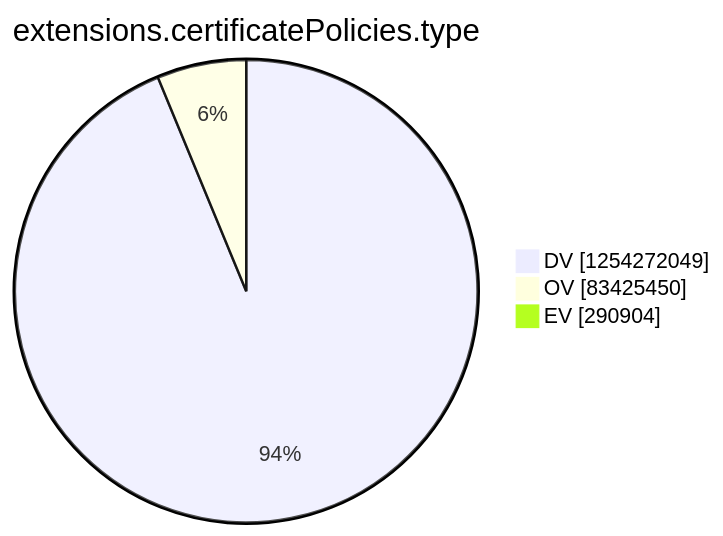
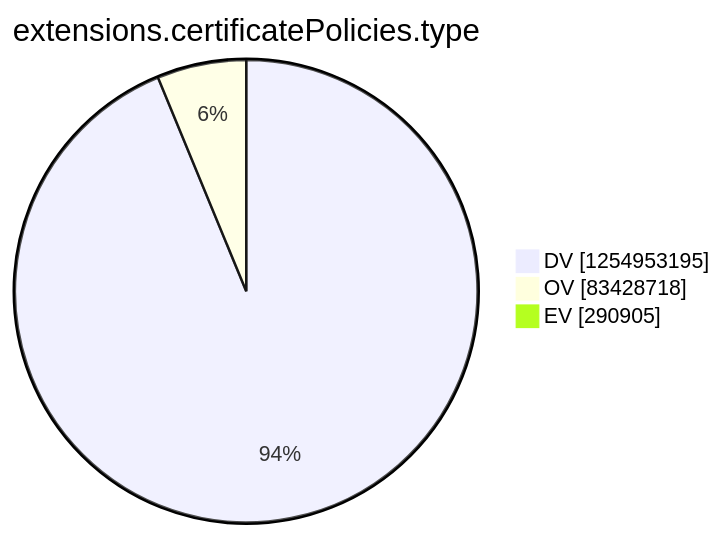
Before and after one commit to christiankrug/ctmonitor_visualization: the tenth of 15 diagrams in argon2022/README.md, drawn with Mermaid. The commit also changed other lines of this file, not shown here.

````diff
--- a/argon2022/README.md
+++ b/argon2022/README.md
@@ -2771,7 +2771,7 @@
 ```mermaid
 pie showData
 title extensions.certificatePolicies.type
-"DV" :1254272049
-"OV" :83425450
-"EV" :290904
+"DV" :1254953195
+"OV" :83428718
+"EV" :290905
 ```
````
